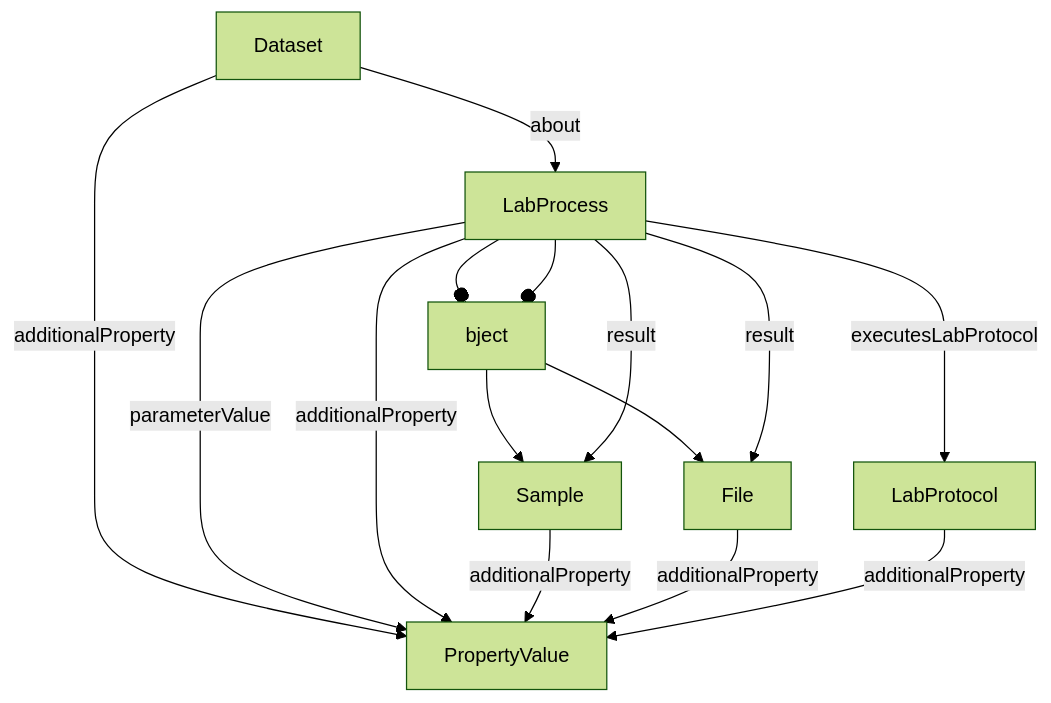
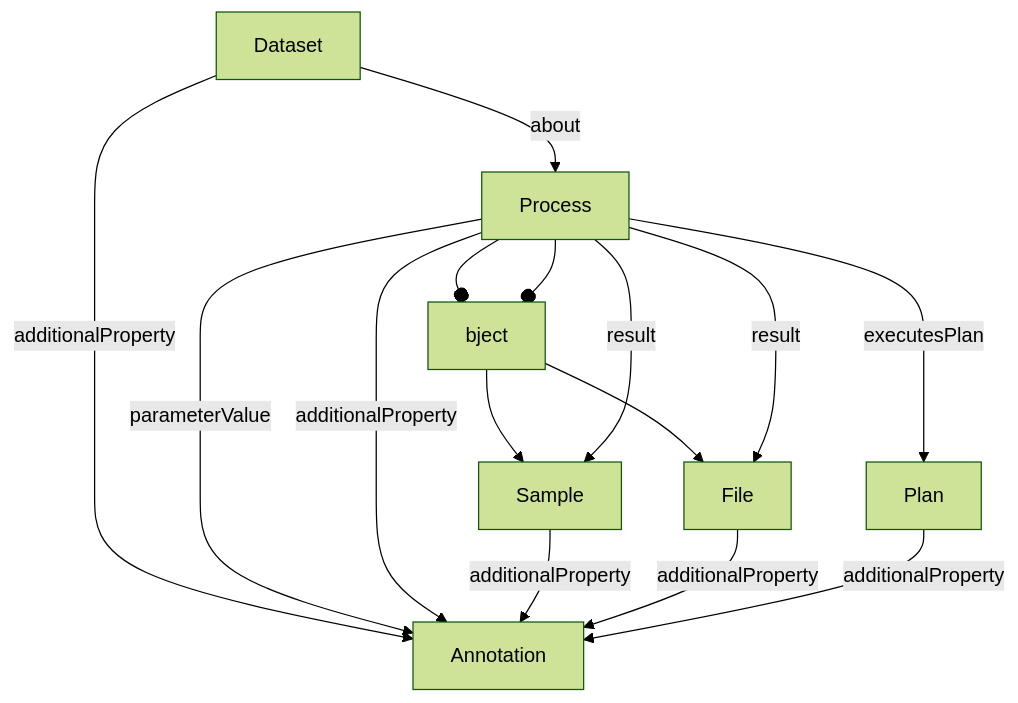
Before and after one commit to HLWeil/ProcessCore: the third of 4 diagrams in docs/project/prior-art.md, drawn with Mermaid (forest theme). The commit also changed 134 other files, not shown here.

````diff
--- a/docs/project/prior-art.md
+++ b/docs/project/prior-art.md
@@ -72,15 +72,15 @@
 ```mermaid
 flowchart TD
-    Dataset --about--> LabProcess
-    Dataset --additionalProperty--> PropertyValue
-    LabProcess --object--> Sample
-    LabProcess --object--> File
-    LabProcess --result--> Sample
-    LabProcess --result--> File
-    LabProcess --parameterValue--> PropertyValue
-    LabProcess --additionalProperty--> PropertyValue
-    LabProcess --executesLabProtocol--> LabProtocol
-    Sample --additionalProperty--> PropertyValue
-    File --additionalProperty--> PropertyValue
-    LabProtocol --additionalProperty--> PropertyValue
+    Dataset --about--> Process
+    Dataset --additionalProperty--> Annotation
+    Process --object--> Sample
+    Process --object--> File
+    Process --result--> Sample
+    Process --result--> File
+    Process --parameterValue--> Annotation
+    Process --additionalProperty--> Annotation
+    Process --executesPlan--> Plan
+    Sample --additionalProperty--> Annotation
+    File --additionalProperty--> Annotation
+    Plan --additionalProperty--> Annotation
 ```
````
